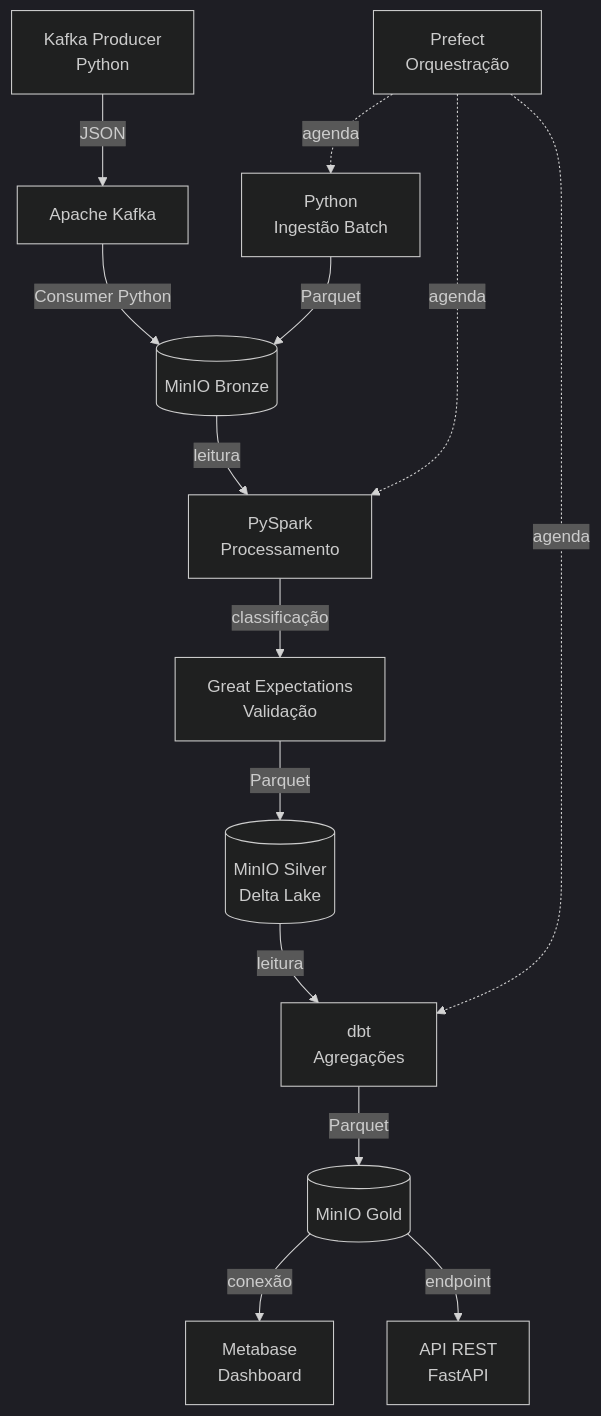
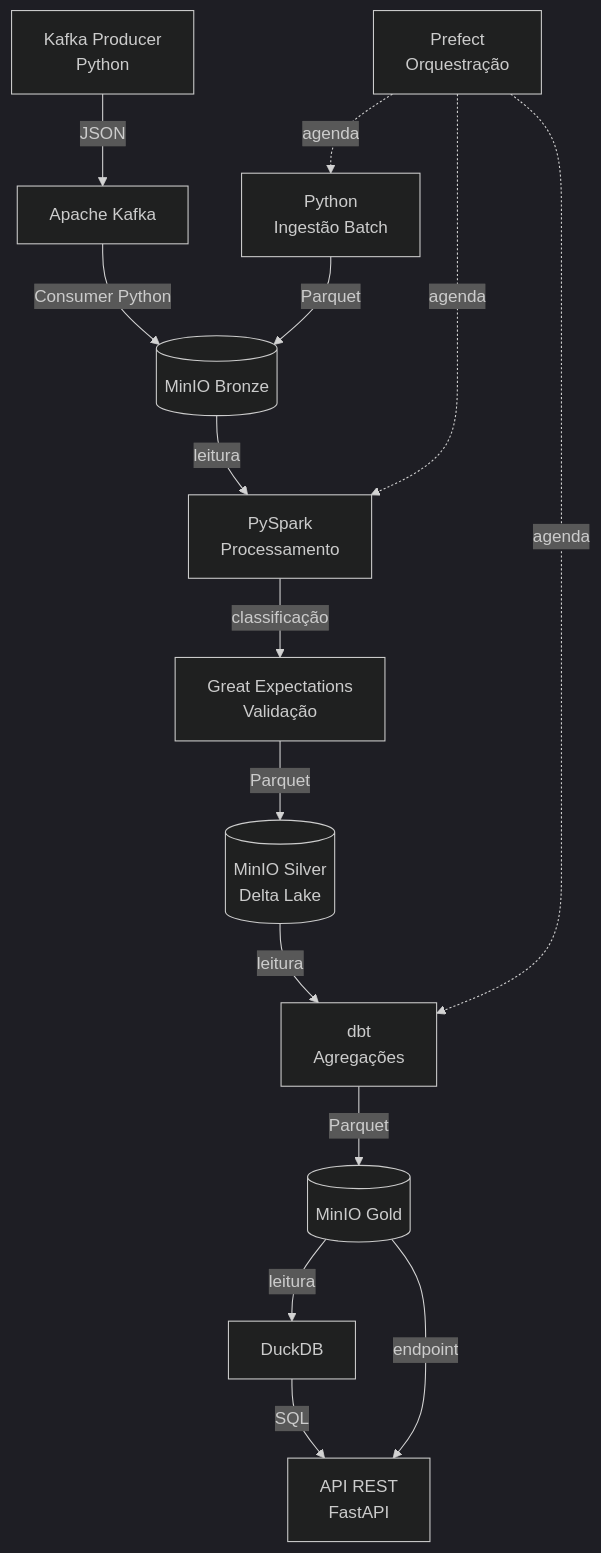
One commit to leonardoamaral90/uniceub_ecosort_eng216 changed the diagram in docs/05-tecnologias.md. Above: the diagram before and after it, drawn with Mermaid (dark theme). The commit also changed other lines of this file, not shown here.

````diff
--- a/docs/05-tecnologias.md
+++ b/docs/05-tecnologias.md
@@ -175,20 +188,21 @@
 ```mermaid
 graph TD
     A[Python\nIngestão Batch] -->|Parquet| B[(MinIO Bronze)]
     C[Kafka Producer\nPython] -->|JSON| D[Apache Kafka]
     D -->|Consumer Python| B
 
     B -->|leitura| E[PySpark\nProcessamento]
     E -->|classificação| F[Great Expectations\nValidação]
     F -->|Parquet| G[(MinIO Silver\nDelta Lake)]
 
     G -->|leitura| H[dbt\nAgregações]
     H -->|Parquet| I[(MinIO Gold)]
 
-    I -->|conexão| J[Metabase\nDashboard]
+    I -->|leitura| J[DuckDB]
+    J -->|SQL| K[Metabase\nDashboard]
     I -->|endpoint| K[API REST\nFastAPI]
 
     L[Prefect\nOrquestração] -.->|agenda| A
     L -.->|agenda| E
     L -.->|agenda| H
 ```
````
